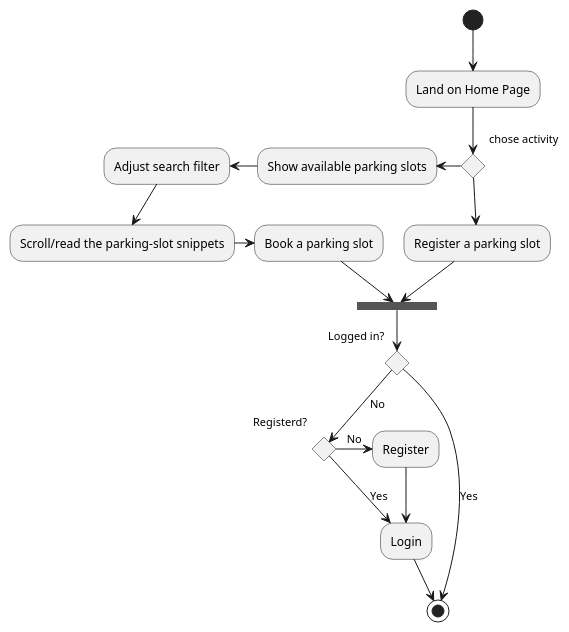
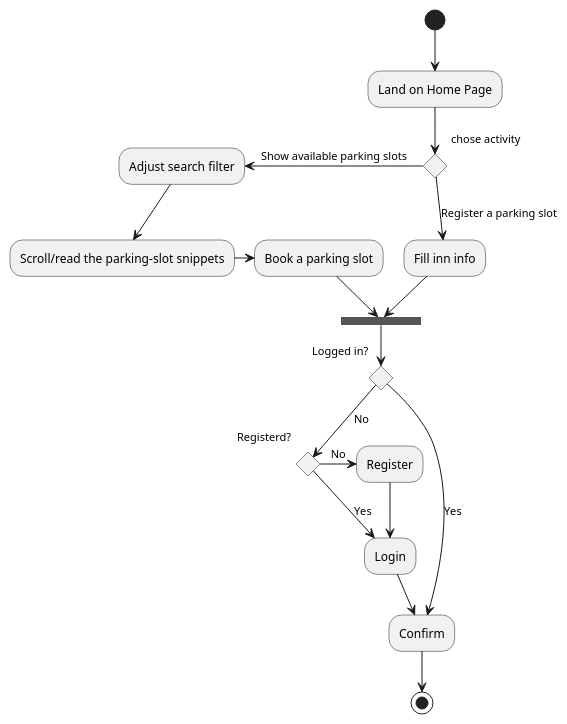
Before and after one commit to SOFTWARE-ENGINEERING-GRUPPE-17/sayHelloToMyLilFriend: the diagram in src/diagrams/Browse Main Page.puml, drawn with PlantUML.

Commit message:
Oppdatert diagram

```diff
--- a/src/diagrams/Browse Main Page.puml
+++ b/src/diagrams/Browse Main Page.puml
@@ -1,33 +1,27 @@
 @startuml
 (*)  --> "Land on Home Page"
 if "chose activity" then
--left->  "Show available parking slots"
--left->  "Adjust search filter"
+
+-left->[Show available parking slots] "Adjust search filter"
 --> "Scroll/read the parking-slot snippets"
 -right-> "Book a parking slot"
 else
---> "Register a parking slot"
+-->[Register a parking slot] "Fill inn info"
 endif
 
-"Register a parking slot" -->  ===B1===
+"Fill inn info" -->  ===B1===
 "Book a parking slot" --> ===B1===
 
 ===B1=== --> if "Logged in?"
  -->[No] if "Registerd?"
  -right->[No] "Register"
  --> "Login"
     else
     -->[Yes] "Login"
     endif
-"Login" --> (*)
+"Login" --> Confirm
  else
- -right->[Yes] (*)
-
-
-'--> "Register"
-'
-'--> "Register a parking slot"
-'Endif
-'-->"Login"
+ -right->[Yes] Confirm
+ --> (*)
 
 @enduml
```
